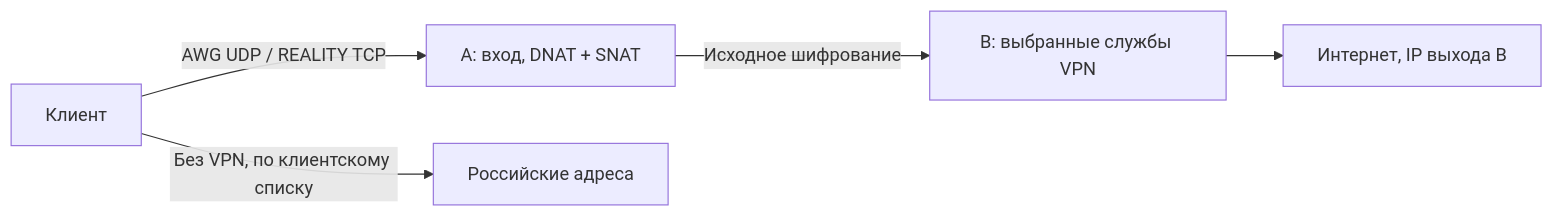
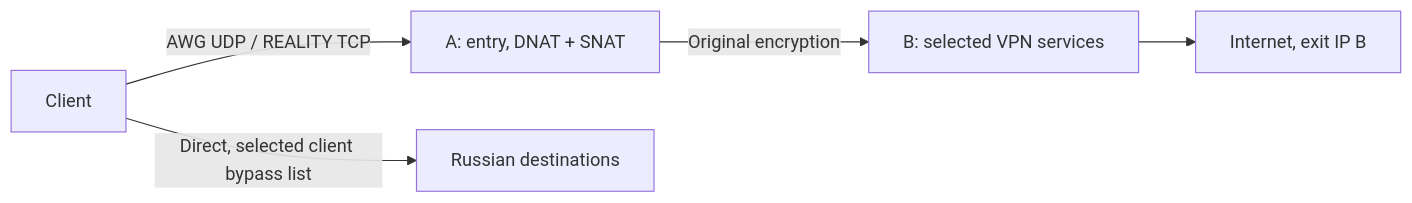
The diagram in README.md (bgunn9in/coldwire), drawn with Mermaid before and after one commit. The commit also changed other lines of this file and 50 other files, not shown here.

````diff
--- a/README.md
+++ b/README.md
@@ -27,7 +18,7 @@
 ```mermaid
 flowchart LR
-    C[Клиент] -->|AWG UDP / REALITY TCP| A[A: вход, DNAT + SNAT]
-    A -->|Исходное шифрование| B[B: выбранные службы VPN]
-    B --> I[Интернет, IP выхода B]
-    C -->|Без VPN, по клиентскому списку| R[Российские адреса]
+    C[Client] -->|AWG UDP / REALITY TCP| A[A: entry, DNAT + SNAT]
+    A -->|Original encryption| B[B: selected VPN services]
+    B --> I[Internet, exit IP B]
+    C -->|Direct, selected client bypass list| R[Russian destinations]
 ```
````
